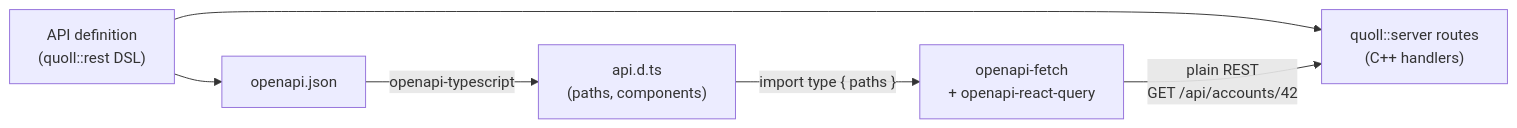
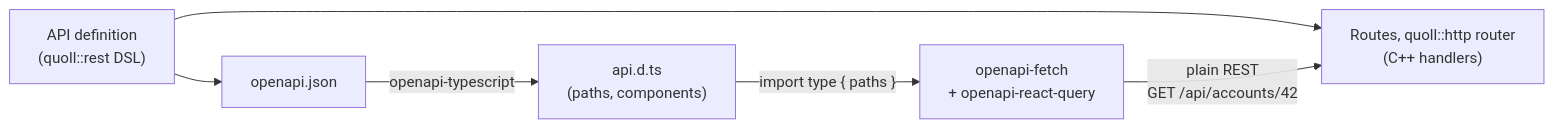
Before and after one commit to 4thlabs/quoll: the eighth of 8 diagrams in docs/PLAN.md, drawn with Mermaid. The commit also changed other lines of this file, not shown here.

First line of the commit message:
Plan: transport-independent router in quoll::http, Server-Sent Events

````diff
--- a/docs/PLAN.md
+++ b/docs/PLAN.md
@@ -238,9 +244,9 @@
 ```mermaid
 flowchart LR
   dsl["API definition<br/>(quoll::rest DSL)"]
   dsl --> spec["openapi.json"]
-  dsl --> routes["quoll::server routes<br/>(C++ handlers)"]
+  dsl --> routes["Routes, quoll::http router<br/>(C++ handlers)"]
   spec -- "openapi-typescript" --> types["api.d.ts<br/>(paths, components)"]
   types -- "import type { paths }" --> cl["openapi-fetch<br/>+ openapi-react-query"]
   cl -- "plain REST<br/>GET /api/accounts/42" --> routes
 ```
````
